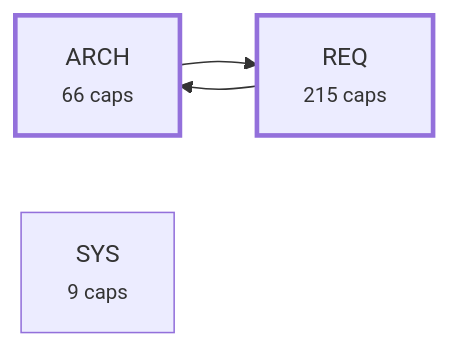
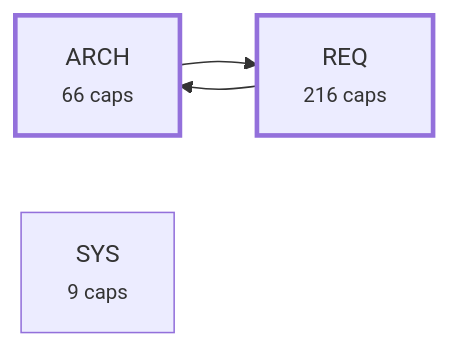
One commit to alxmax/Requirement-manager changed the third of 4 diagrams in plugin/requirements/_map.md. Above: the diagram before and after it, drawn with Mermaid. The commit also changed other lines of this file and 17 other files, not shown here.

````diff
--- a/plugin/requirements/_map.md
+++ b/plugin/requirements/_map.md
@@ -1052,10 +1053,10 @@
 ```mermaid
 graph LR
   a_ARCH["ARCH<br><small>66 caps</small>"]
-  a_REQ["REQ<br><small>215 caps</small>"]
+  a_REQ["REQ<br><small>216 caps</small>"]
   a_SYS["SYS<br><small>9 caps</small>"]
   a_ARCH --> a_REQ
   a_REQ --> a_ARCH
   style a_ARCH stroke-width:3px
   style a_REQ stroke-width:3px
 ```
````
